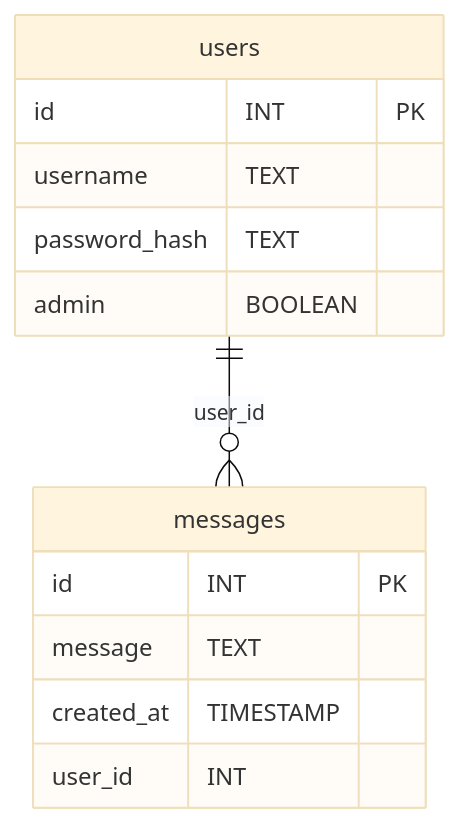
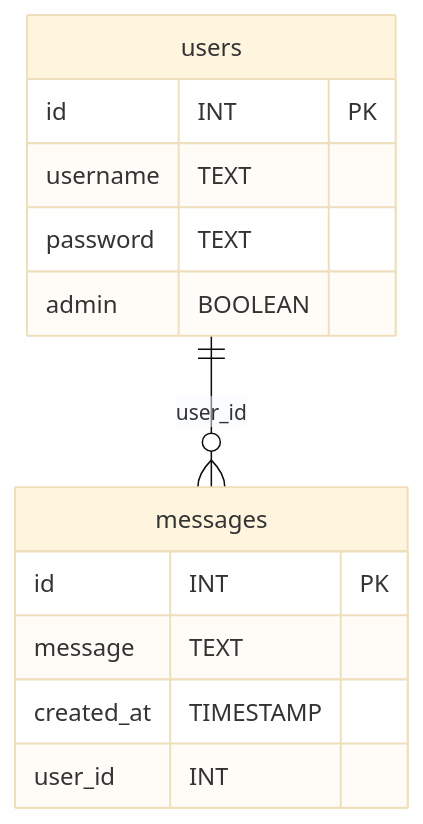
One commit to rikurauhala/hack-this changed the diagram in docs/database.md. Above: the diagram before and after it, drawn with Mermaid (base theme). The commit also changed other lines of this file, not shown here.

````diff
--- a/docs/database.md
+++ b/docs/database.md
@@ -26,18 +26,18 @@
 ```mermaid
 erDiagram
     users {
         id INT PK
         username TEXT
-        password_hash TEXT
+        password TEXT
         admin BOOLEAN
     }
 
     messages {
         id INT PK
         message TEXT
         created_at TIMESTAMP
         user_id INT
     }
 
     users ||--o{ messages : "user_id"
 ```
````
